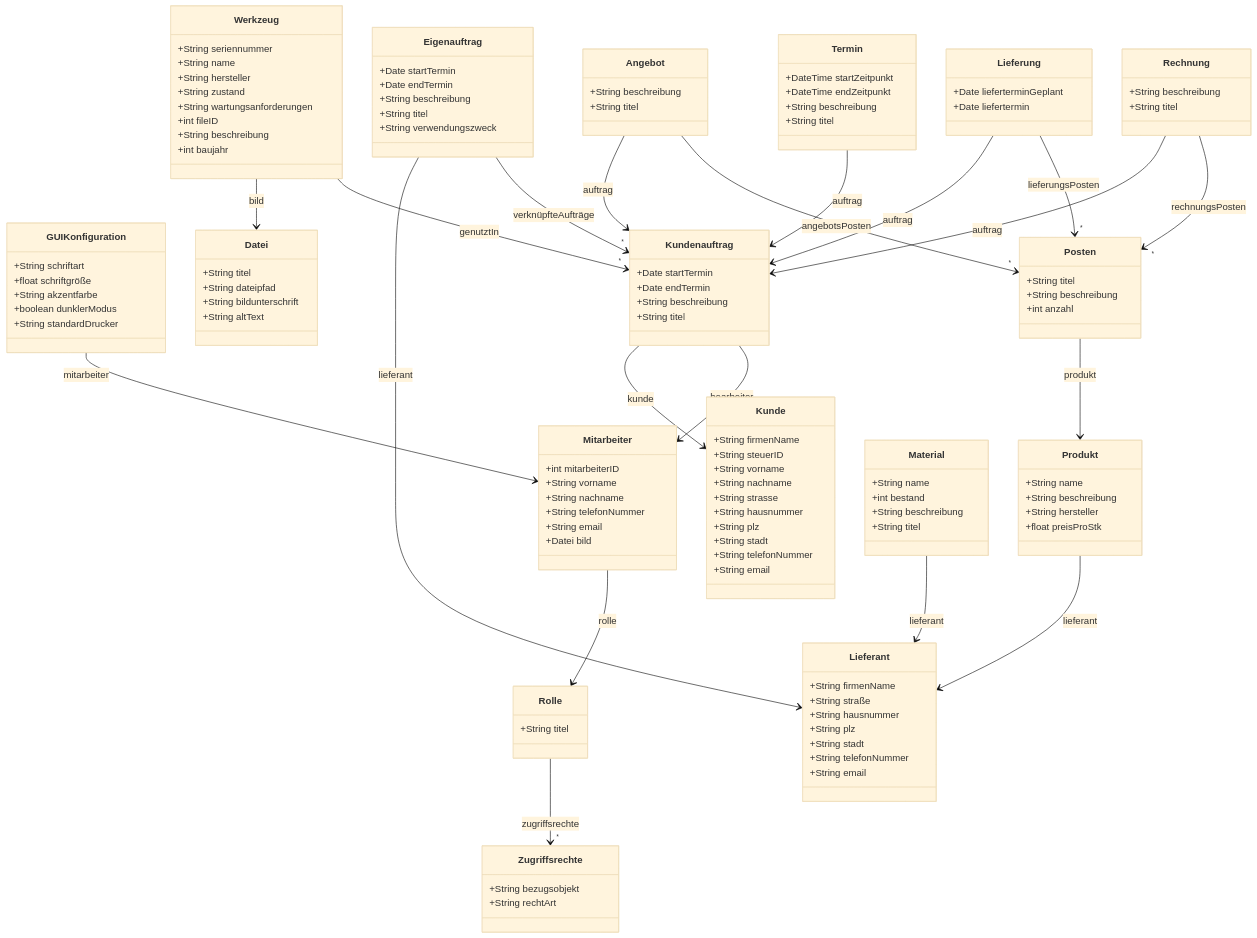
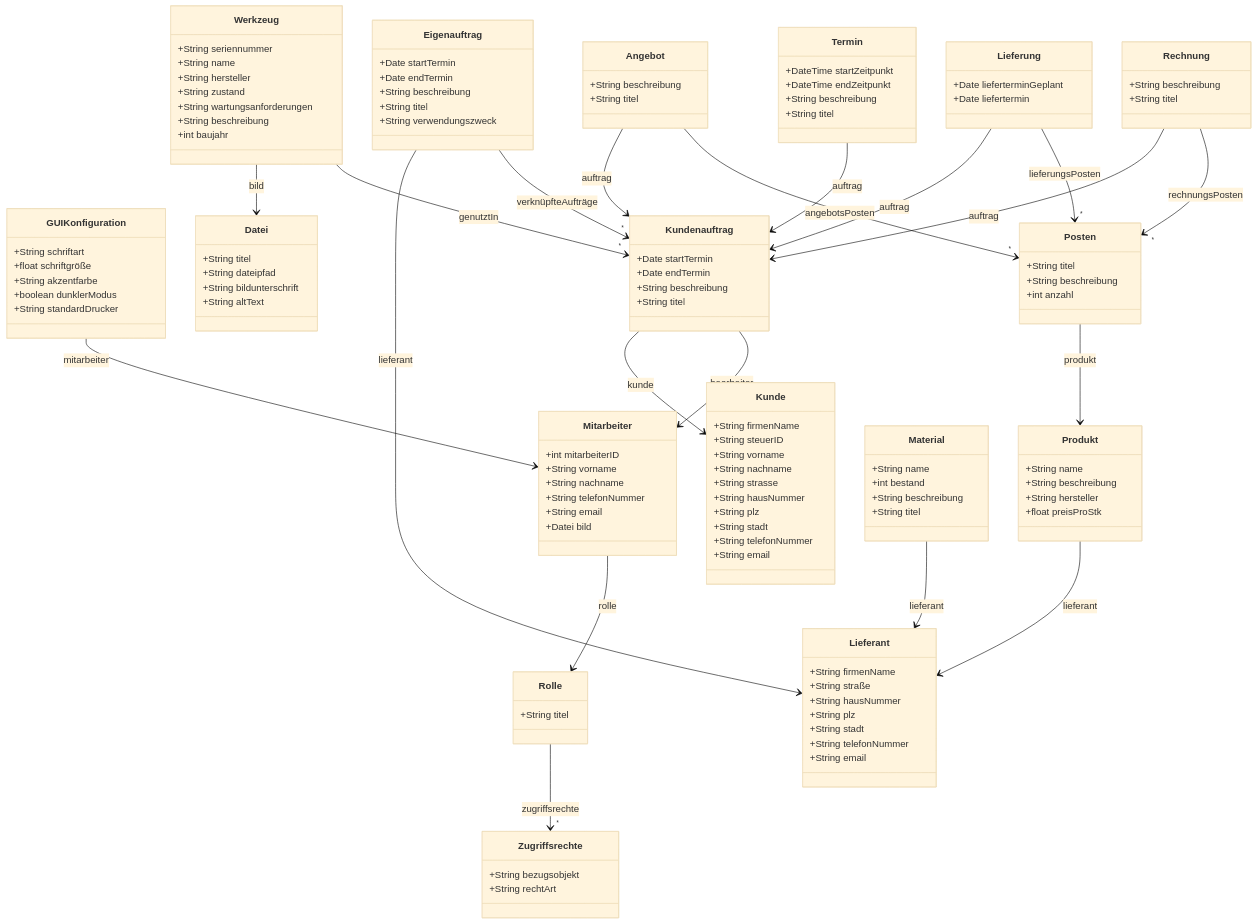
One commit to matteokosina/swe-programmentwurf changed the diagram in diagrams/Analyseklassendiagramm/mermaid.md. Above: the diagram before and after it, drawn with Mermaid (base theme).

````diff
--- a/diagrams/Analyseklassendiagramm/mermaid.md
+++ b/diagrams/Analyseklassendiagramm/mermaid.md
@@ -1,6 +1,6 @@
 ```mermaid
 classDiagram
-
+direction td
 %% --- Mitarbeiter, Rolle, Zugriffsrechte ---
 class Mitarbeiter {
   +int mitarbeiterID
@@ -10,20 +10,15 @@
   +String email
   +Datei bild
 }
-
 class Rolle {
   +String titel
 }
-
 class Zugriffsrechte {
   +String bezugsobjekt
   +String rechtArt
 }
-
 Mitarbeiter --> Rolle : rolle
 Rolle --> "*" Zugriffsrechte : zugriffsrechte
-
-
 %% --- GUI-Konfiguration ---
 class GUIKonfiguration {
   +String schriftart
@@ -32,10 +27,7 @@
   +boolean dunklerModus
   +String standardDrucker
 }
-
 GUIKonfiguration --> Mitarbeiter : mitarbeiter
-
-
 %% --- Datei ---
 class Datei {
   +String titel
@@ -43,20 +35,16 @@
   +String bildunterschrift
   +String altText
 }
-
-
 %% --- Lieferanten ---
 class Lieferant {
   +String firmenName
   +String straße
-  +String hausnummer
+  +String hausNummer
   +String plz
   +String stadt
   +String telefonNummer
   +String email
 }
-
-
 %% --- Kunden ---
 class Kunde {
   +String firmenName
@@ -64,14 +52,12 @@
   +String vorname
   +String nachname
   +String strasse
-  +String hausnummer
+  +String hausNummer
   +String plz
   +String stadt
   +String telefonNummer
   +String email
 }
-
-
 %% --- Kundenaufträge ---
 class Kundenauftrag {
   +Date startTermin
@@ -79,11 +65,8 @@
   +String beschreibung
   +String titel
 }
-
 Kundenauftrag --> Kunde : kunde
 Kundenauftrag --> Mitarbeiter : bearbeiter
-
-
 %% --- Eigenauftrag ---
 class Eigenauftrag {
   +Date startTermin
@@ -92,59 +75,43 @@
   +String titel
   +String verwendungszweck
 }
-
 Eigenauftrag --> Lieferant : lieferant
 Eigenauftrag --> "*" Kundenauftrag : verknüpfteAufträge
-
-
 %% --- Angebote ---
 class Angebot {
   +String beschreibung
   +String titel
 }
-
 Angebot --> Kundenauftrag : auftrag
 Angebot --> "*" Posten : angebotsPosten
-
-
 %% --- Lieferungen ---
 class Lieferung {
   +Date lieferterminGeplant
   +Date liefertermin
 }
-
 Lieferung --> Kundenauftrag : auftrag
 Lieferung --> "*" Posten : lieferungsPosten
-
-
 %% --- Rechnungen ---
 class Rechnung {
   +String beschreibung
   +String titel
 }
-
 Rechnung --> Kundenauftrag : auftrag
 Rechnung --> "*" Posten : rechnungsPosten
-
-
 %% --- Posten & Produkt ---
 class Posten {
   +String titel
   +String beschreibung
   +int anzahl
 }
-
 class Produkt {
   +String name
   +String beschreibung
   +String hersteller
   +float preisProStk
 }
-
 Posten --> Produkt : produkt
 Produkt --> Lieferant : lieferant
-
-
 %% --- Termin ---
 class Termin {
   +DateTime startZeitpunkt
@@ -152,10 +119,7 @@
   +String beschreibung
   +String titel
 }
-
 Termin --> Kundenauftrag : auftrag
-
-
 %% --- Material ---
 class Material {
   +String name
@@ -163,10 +127,7 @@
   +String beschreibung
   +String titel
 }
-
 Material --> Lieferant : lieferant
-
-
 %% --- Werkzeug ---
 class Werkzeug {
   +String seriennummer
@@ -174,11 +135,9 @@
   +String hersteller
   +String zustand
   +String wartungsanforderungen
-  +int fileID
   +String beschreibung
   +int baujahr
 }
-
 Werkzeug --> Datei : bild
 Werkzeug --> "*" Kundenauftrag : genutztIn
 ```
````
